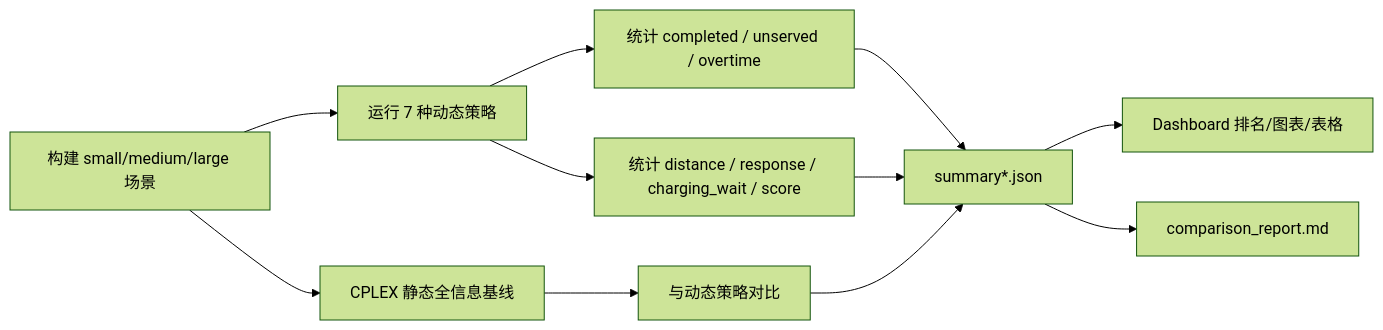
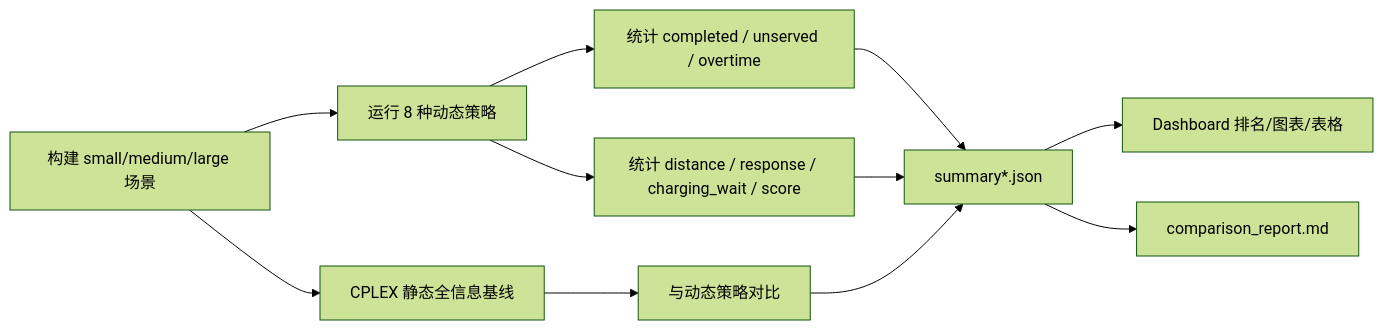
One commit to pytenter/Car-transporting-system changed the third of 3 diagrams in README.md. Above: the diagram before and after it, drawn with Mermaid (forest theme). The commit also changed other lines of this file and 6 other files, not shown here.

````diff
--- a/README.md
+++ b/README.md
@@ -111,13 +112,13 @@
 ```mermaid
 flowchart LR
-    S1[构建 small/medium/large 场景] --> S2[运行 7 种动态策略]
+    S1[构建 small/medium/large 场景] --> S2[运行 8 种动态策略]
     S2 --> S3[统计 completed / unserved / overtime]
     S2 --> S4[统计 distance / response / charging_wait / score]
     S1 --> S5[CPLEX 静态全信息基线]
     S5 --> S6[与动态策略对比]
     S3 --> S7[summary*.json]
     S4 --> S7
     S6 --> S7
     S7 --> S8[Dashboard 排名/图表/表格]
     S7 --> S9[comparison_report.md]
 ```
````
